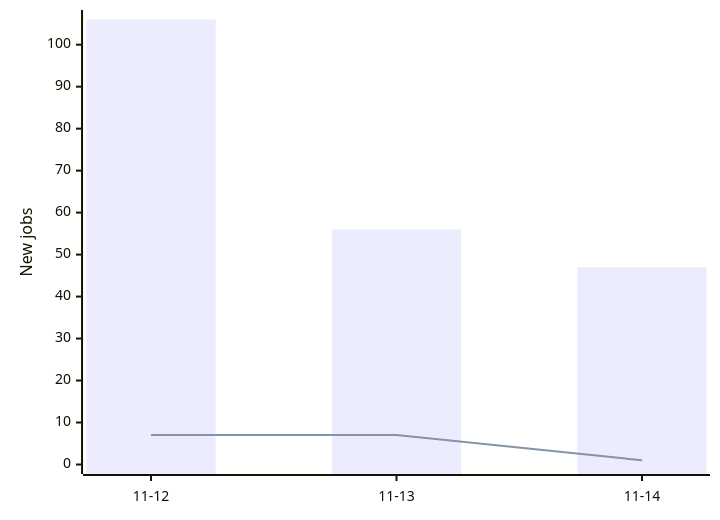
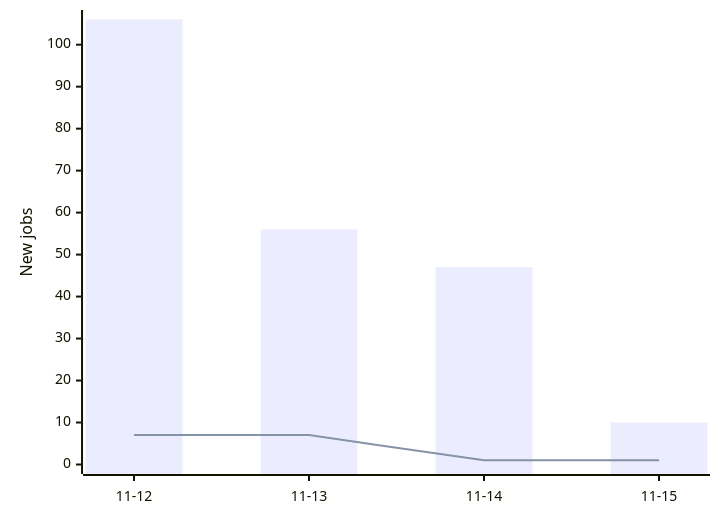
The diagram in README.md (Mwangimark/frontend-job-tracker), drawn with Mermaid before and after one commit. The commit also changed other lines of this file and 2 other files, not shown here.

````diff
--- a/README.md
+++ b/README.md
@@ -16,7 +16,7 @@
 ```mermaid
 xychart-beta
-    x-axis ["11-12", "11-13", "11-14"]
+    x-axis ["11-12", "11-13", "11-14", "11-15"]
     y-axis "New jobs" 0 --> 106
-    bar [106, 56, 47]
-    line [7, 7, 1]
+    bar [106, 56, 47, 10]
+    line [7, 7, 1, 1]
 ```
````
